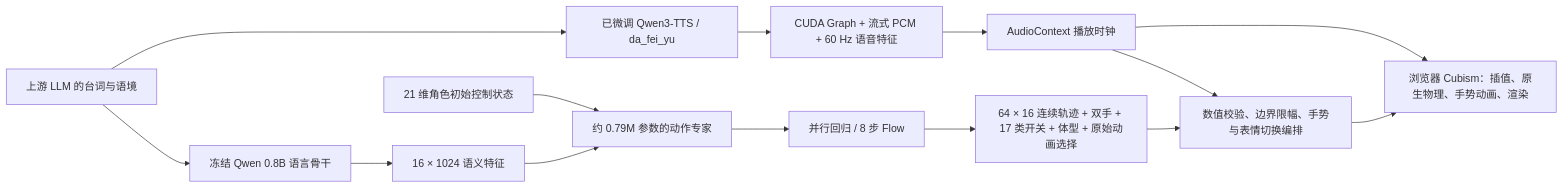
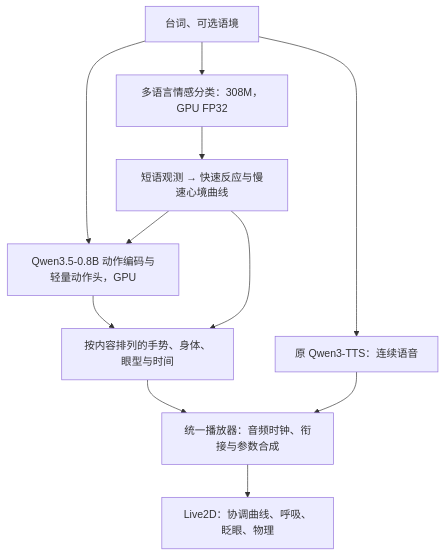
The diagram in docs/architecture.md (pxy1118/auto-live2d), drawn with Mermaid before and after one commit. The commit also changed other lines of this file and 63 other files, not shown here.

````diff
--- a/docs/architecture.md
+++ b/docs/architecture.md
@@ -3,16 +5,13 @@
 ```mermaid
-flowchart LR
-  L[上游 LLM 的台词与语境] --> E[冻结 Qwen 0.8B 语言骨干]
-  L --> V[已微调 Qwen3-TTS / da_fei_yu]
-  V --> W[CUDA Graph + 流式 PCM + 60 Hz 语音特征]
-  W --> K[AudioContext 播放时钟]
-  K --> P
-  K --> C
-  E --> H[16 × 1024 语义特征]
-  S[21 维角色初始控制状态] --> A
-  H --> A[约 0.79M 参数的动作专家]
-  A --> R[并行回归 / 8 步 Flow]
-  R --> T[64 × 16 连续轨迹 + 双手 + 17 类开关 + 体型 + 原始动画选择]
-  T --> C[数值校验、边界限幅、手势与表情切换编排]
-  C --> P[浏览器 Cubism：插值、原生物理、手势动画、渲染]
+flowchart TD
+  I[台词、可选语境] --> E[多语言情感分类：308M，GPU FP32]
+  I --> M[Qwen3.5-0.8B 动作编码与轻量动作头，GPU]
+  E --> F[短语观测 → 快速反应与慢速心境曲线]
+  F --> M
+  I --> T[原 Qwen3-TTS：连续语音]
+  M --> P[按内容排列的手势、身体、眼型与时间]
+  F --> P
+  P --> R[统一播放器：音频时钟、衔接与参数合成]
+  T --> R
+  R --> L[Live2D：协调曲线、呼吸、眨眼、物理]
 ```
````
